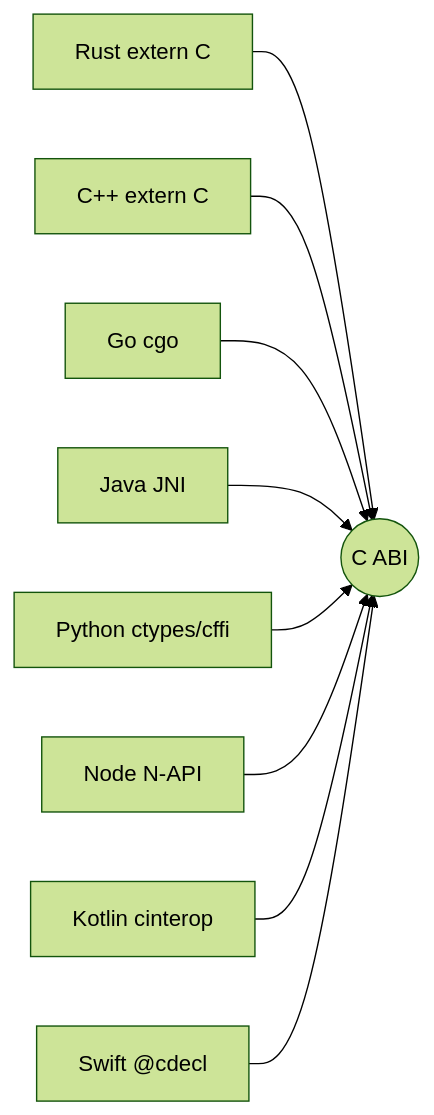
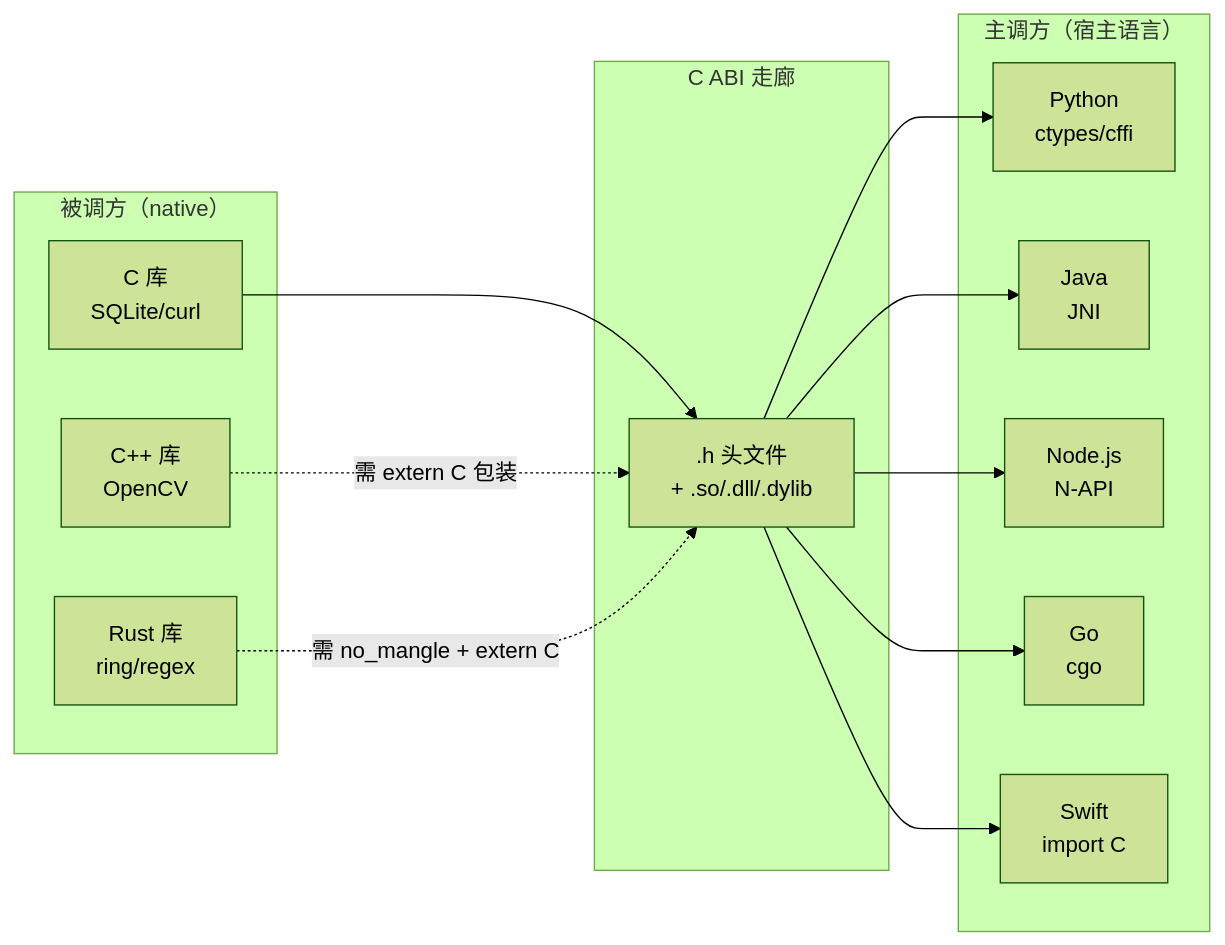
The second of 4 diagrams in packages/website/07.内功/07.编译与链接/04.ABI与调用约定.md (chongyang211/YCBookBlog), drawn with Mermaid (forest theme) before and after one commit. The commit also changed other lines of this file and 3 other files, not shown here.

````diff
--- a/packages/website/07.内功/07.编译与链接/04.ABI与调用约定.md
+++ b/packages/website/07.内功/07.编译与链接/04.ABI与调用约定.md
@@ -232,12 +857,29 @@
 ```mermaid
-flowchart LR
-    Rust[Rust extern C] --> C
-    Cxx[C++ extern C] --> C
-    Go[Go cgo] --> C
-    Java[Java JNI] --> C
-    Python[Python ctypes/cffi] --> C
-    Node[Node N-API] --> C
-    Kotlin[Kotlin cinterop] --> C
-    Swift[Swift @cdecl] --> C
-    C((C ABI))
+graph LR
+    subgraph "被调方（native）"
+        C[C 库<br/>SQLite/curl]
+        Cpp[C++ 库<br/>OpenCV]
+        Rust[Rust 库<br/>ring/regex]
+    end
+
+    subgraph "C ABI 走廊"
+        H[".h 头文件<br/>+ .so/.dll/.dylib"]
+    end
+
+    subgraph "主调方（宿主语言）"
+        Py[Python<br/>ctypes/cffi]
+        Java[Java<br/>JNI]
+        JS[Node.js<br/>N-API]
+        Go[Go<br/>cgo]
+        Swift[Swift<br/>import C]
+    end
+
+    C --> H
+    Cpp -.需 extern C 包装.-> H
+    Rust -.需 no_mangle + extern C.-> H
+    H --> Py
+    H --> Java
+    H --> JS
+    H --> Go
+    H --> Swift
 ```
````
